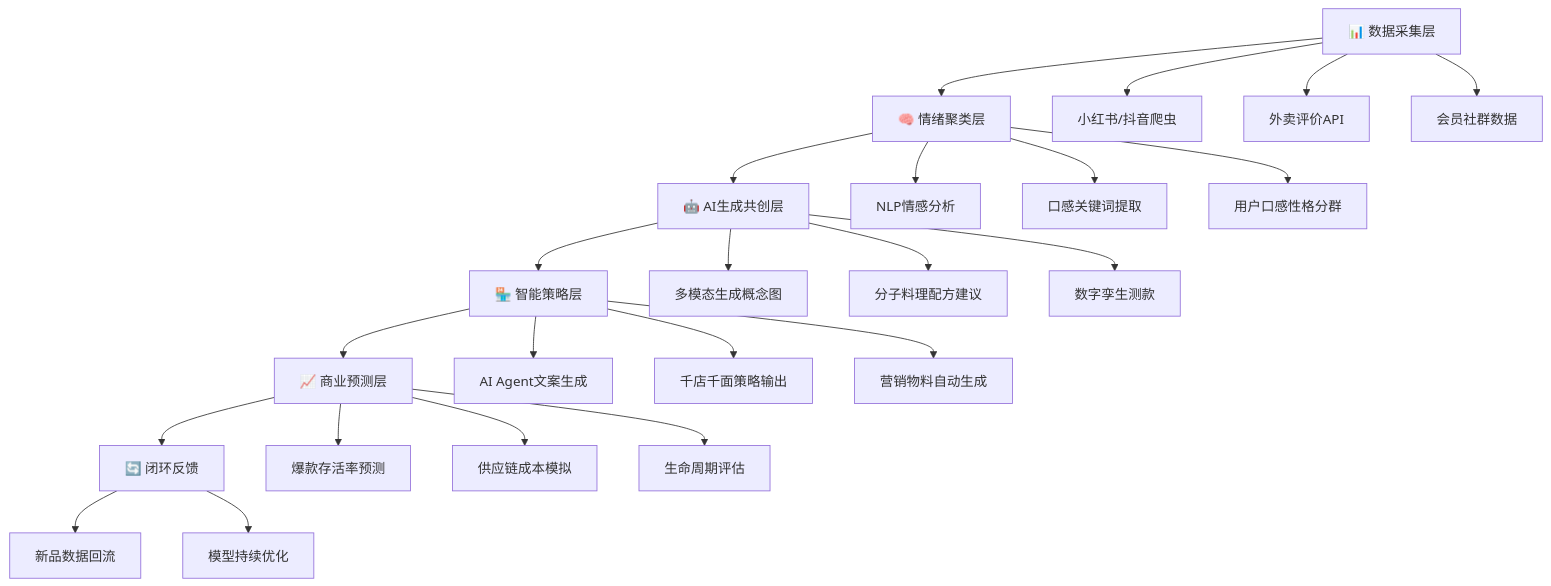
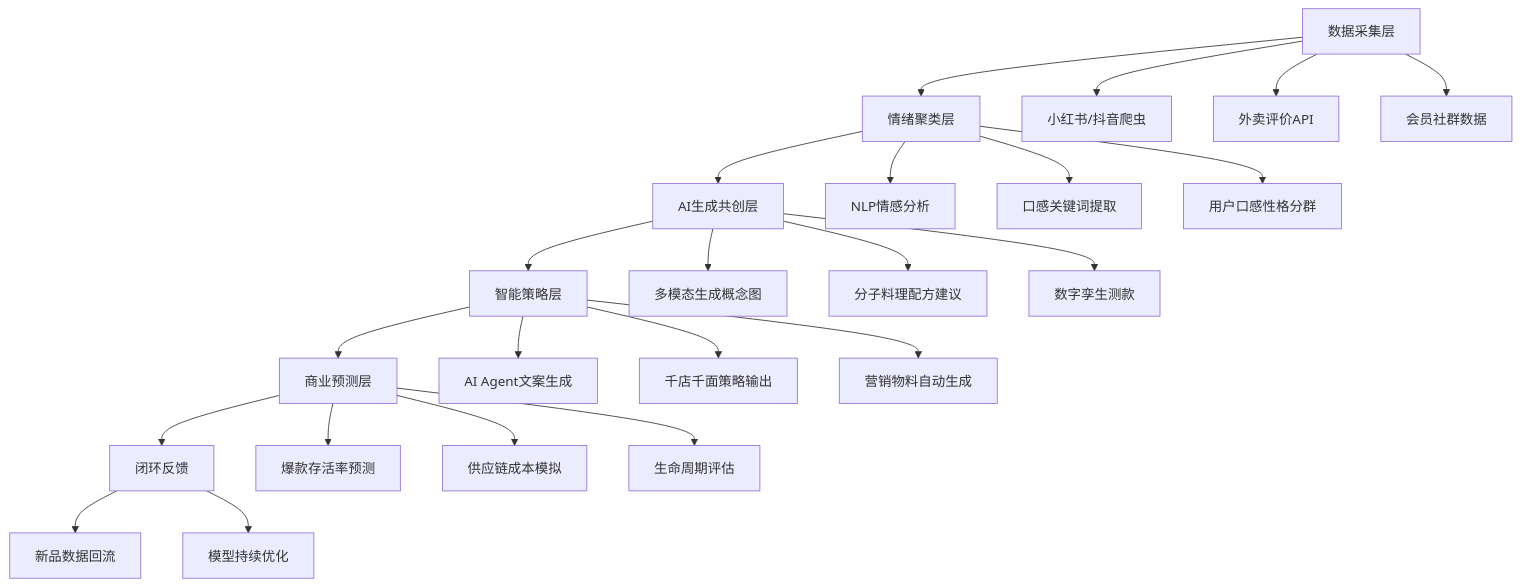
One commit to feifei46/ChaBaiDao-AI-Innovation-Toolkit changed the diagram in docs/方案架构图.md. Above: the diagram before and after it, drawn with Mermaid.

Commit message:
Remove emojis from architecture diagram

````diff
--- a/docs/方案架构图.md
+++ b/docs/方案架构图.md
@@ -2,31 +2,31 @@
 ```mermaid
 flowchart TD
-    A[📊 数据采集层] --> B[🧠 情绪聚类层]
-    B --> C[🤖 AI生成共创层]
-    C --> D[🏪 智能策略层]
-    D --> E[📈 商业预测层]
-    E --> F[🔄 闭环反馈]
+    A[数据采集层] --> B[情绪聚类层]
+    B --> C[AI生成共创层]
+    C --> D[智能策略层]
+    D --> E[商业预测层]
+    E --> F[闭环反馈]
 
     A --> A1[小红书/抖音爬虫]
     A --> A2[外卖评价API]
     A --> A3[会员社群数据]
 
     B --> B1[NLP情感分析]
     B --> B2[口感关键词提取]
     B --> B3["用户口感性格分群"]
 
     C --> C1[多模态生成概念图]
     C --> C2[分子料理配方建议]
     C --> C3[数字孪生测款]
 
     D --> D1[AI Agent文案生成]
     D --> D2[千店千面策略输出]
     D --> D3[营销物料自动生成]
 
     E --> E1[爆款存活率预测]
     E --> E2[供应链成本模拟]
     E --> E3[生命周期评估]
 
     F --> F1[新品数据回流]
     F --> F2[模型持续优化]
 ```
````
